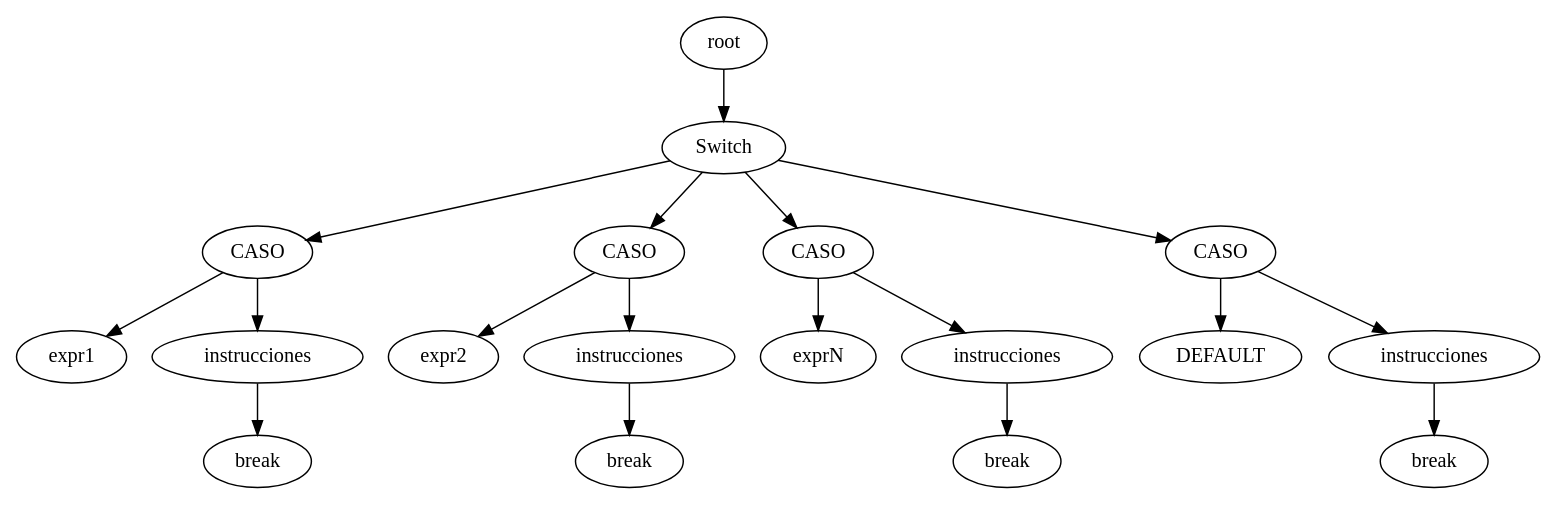
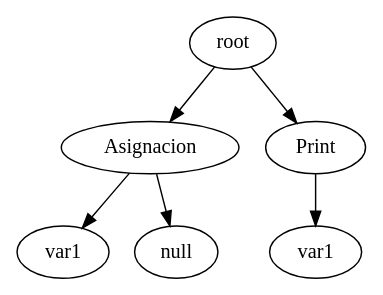
The diagram in SoftwareArit/AST.dot (EverChicas/ARIT), drawn with Graphviz before and after one commit. The commit also changed 12 other files, not shown here.

Commit message:
switch, implementacion con default, casos y valida break

```diff
--- a/SoftwareArit/AST.dot
+++ b/SoftwareArit/AST.dot
@@ -1,42 +1,15 @@
 digraph G{
-19 [label = "root"];
-18[label = "Switch"];
-2 [label = "expr1"];
-5 [label = "CASO"];
-5 -> 2;
-4[label = "instrucciones"];
-3 [label = "break"];
-4 -> 3;
-5 [label = "CASO"];
+6 [label = "root"];
+2 [label = "var1"];
+3 [label = "Asignacion"];
+3 -> 2;
+1 [label = "null"];
+3 [label = "Asignacion"];
+3 -> 1;
+4 [label = "var1"];
+5 [label = "Print"];
 5 -> 4;
-6 [label = "expr2"];
-9 [label = "CASO"];
-9 -> 6;
-8[label = "instrucciones"];
-7 [label = "break"];
-8 -> 7;
-9 [label = "CASO"];
-9 -> 8;
-10 [label = "exprN"];
-13 [label = "CASO"];
-13 -> 10;
-12[label = "instrucciones"];
-11 [label = "break"];
-12 -> 11;
-13 [label = "CASO"];
-13 -> 12;
-17 [label = "DEFAULT"];
-16 [label = "CASO"];
-16 -> 17;
-15[label = "instrucciones"];
-14 [label = "break"];
-15 -> 14;
-16 [label = "CASO"];
-16 -> 15;
-18 -> 5;
-18 -> 9;
-18 -> 13;
-18 -> 16;
-19 -> 18;
+6 -> 3;
+6 -> 5;
 
 }
```
